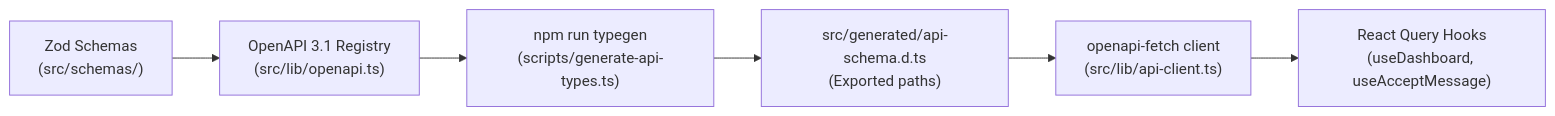
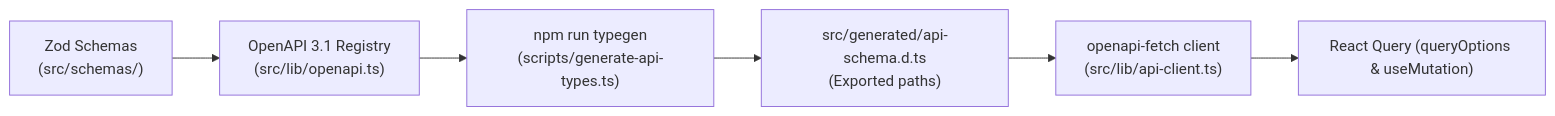
Before and after one commit to Abbas4tech/GhostMsg: the diagram in docs/04-api-and-type-safety.md, drawn with Mermaid. The commit also changed 6 other files, not shown here.

````diff
--- a/docs/04-api-and-type-safety.md
+++ b/docs/04-api-and-type-safety.md
@@ -9,8 +9,8 @@
 ```mermaid
 flowchart LR
     A["Zod Schemas\n(src/schemas/)"] --> B["OpenAPI 3.1 Registry\n(src/lib/openapi.ts)"]
     B --> C["npm run typegen\n(scripts/generate-api-types.ts)"]
     C --> D["src/generated/api-schema.d.ts\n(Exported paths)"]
     D --> E["openapi-fetch client\n(src/lib/api-client.ts)"]
-    E --> F["React Query Hooks\n(useDashboard, useAcceptMessage)"]
+    E --> F["React Query (queryOptions & useMutation)"]
 ```
````
